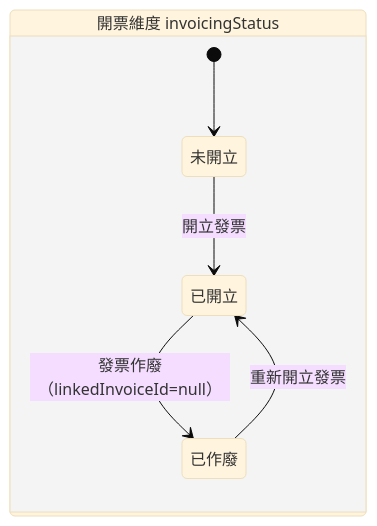
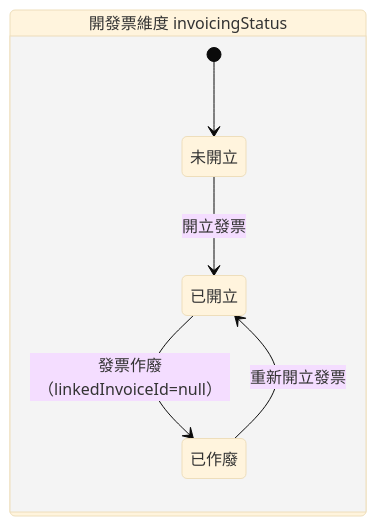
One commit to Kawato-Miles/erp-spec changed the first of 6 diagrams in memory/Sens_wiki/wiki/erp/12-insights/2026-05-29-款項發票四來源一致性比對.md. Above: the diagram before and after it, drawn with Mermaid (base theme). The commit also changed other lines of this file and 50 other files, not shown here.

````diff
--- a/memory/Sens_wiki/wiki/erp/12-insights/2026-05-29-款項發票四來源一致性比對.md
+++ b/memory/Sens_wiki/wiki/erp/12-insights/2026-05-29-款項發票四來源一致性比對.md
@@ -35,10 +35,10 @@
 ```mermaid
 stateDiagram-v2
   direction LR
-  state "開票維度 invoicingStatus" as INV {
+  state "開發票維度 invoicingStatus" as INV {
     [*] --> 未開立
     未開立 --> 已開立: 開立發票
     已開立 --> 已作廢: 發票作廢（linkedInvoiceId=null）
     已作廢 --> 已開立: 重新開立發票
   }
 ```
````
